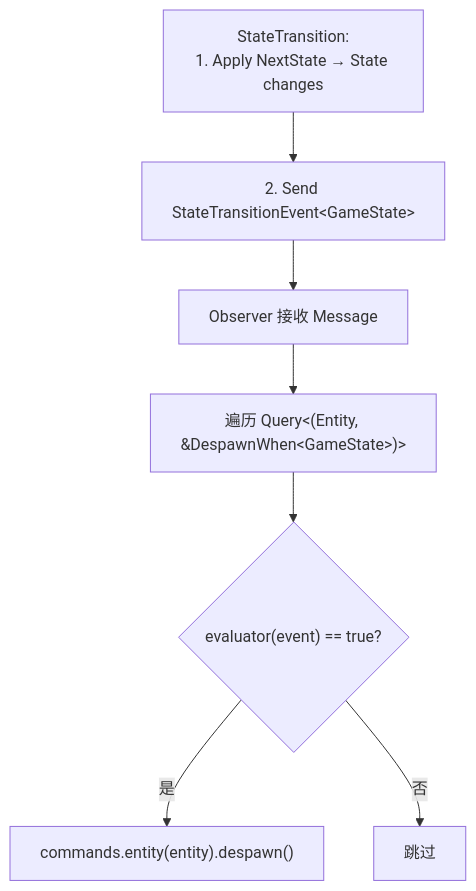
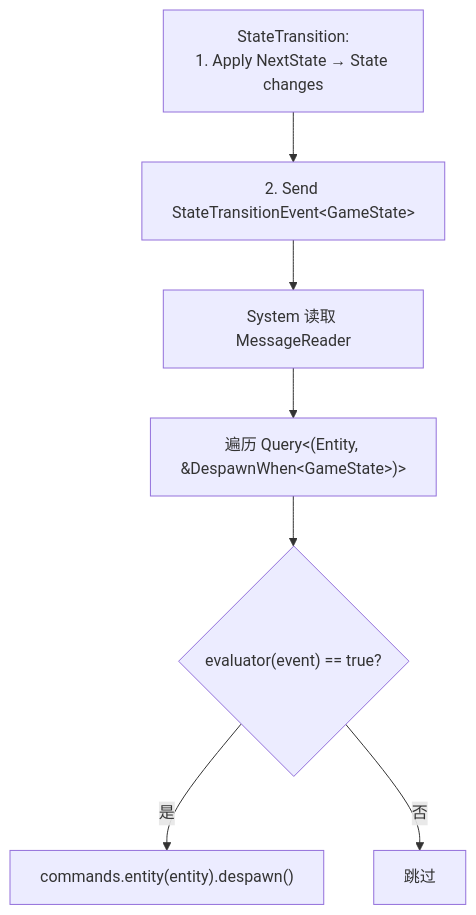
The fourth of 4 diagrams in src/ch18-state.md (ZhangHanDong/bevy-book), drawn with Mermaid before and after one commit. The commit also changed other lines of this file and 15 other files, not shown here.

````diff
--- a/src/ch18-state.md
+++ b/src/ch18-state.md
@@ -233,9 +233,9 @@
 ```mermaid
 graph TD
     A["StateTransition:<br/>1. Apply NextState → State changes"] --> B["2. Send StateTransitionEvent&lt;GameState&gt;"]
-    B --> C["Observer 接收 Message"]
+    B --> C["System 读取 MessageReader"]
     C --> D["遍历 Query&lt;(Entity, &DespawnWhen&lt;GameState&gt;)&gt;"]
     D --> E{"evaluator(event) == true?"}
     E -- "是" --> F["commands.entity(entity).despawn()"]
     E -- "否" --> G["跳过"]
 ```
````
